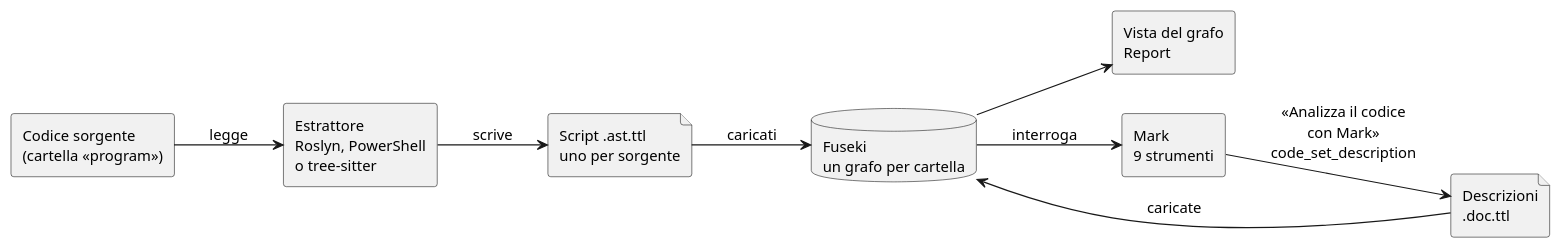
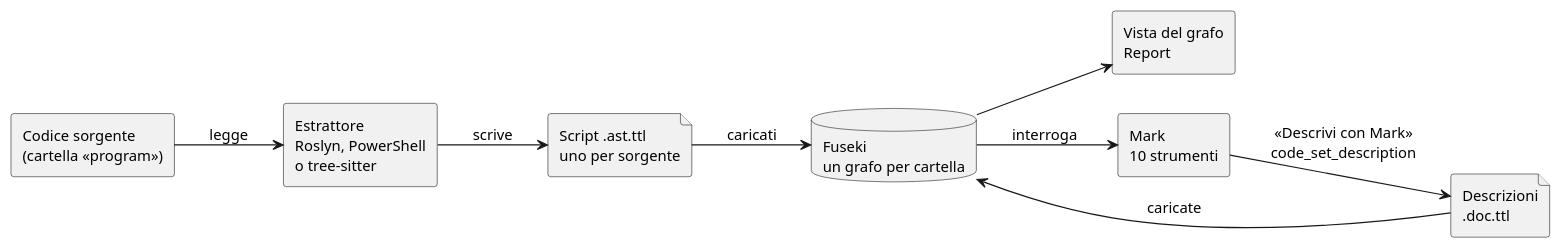
The diagram in grafo-del-codice/guida/come-funziona.md (salaroglio/mdexplorer-demo), drawn with PlantUML before and after one commit. The commit also changed other lines of this file and 13 other files, not shown here.

Commit message:
grafo del codice: la finestra a due passi («Estrai la struttura», «Descrivi con Mark»), il modello per descrivere, la tabella, le descrizioni dalle foglie in su, la domanda fallita che ferma chi dipende da lei; dieci strumenti con code_inventory; schermate rifatte

````diff
--- a/grafo-del-codice/guida/come-funziona.md
+++ b/grafo-del-codice/guida/come-funziona.md
@@ -20,23 +20,23 @@
 ```plantuml
 @startuml
 skinparam shadowing false
 skinparam defaultFontSize 13
 left to right direction
 
 rectangle "Codice sorgente\n(cartella «program»)" as src
 rectangle "Estrattore\nRoslyn, PowerShell\no tree-sitter" as ext
 file "Script .ast.ttl\nuno per sorgente" as scripts
 database "Fuseki\nun grafo per cartella" as db
 rectangle "Vista del grafo\nReport" as view
-rectangle "Mark\n9 strumenti" as mark
+rectangle "Mark\n10 strumenti" as mark
 file "Descrizioni\n.doc.ttl" as doc
 
 src --> ext : legge
 ext --> scripts : scrive
 scripts --> db : caricati
 db --> view
 db --> mark : interroga
-mark --> doc : «Analizza il codice\ncon Mark»\ncode_set_description
+mark --> doc : «Descrivi con Mark»\ncode_set_description
 doc --> db : caricate
 @enduml
 ```
````
